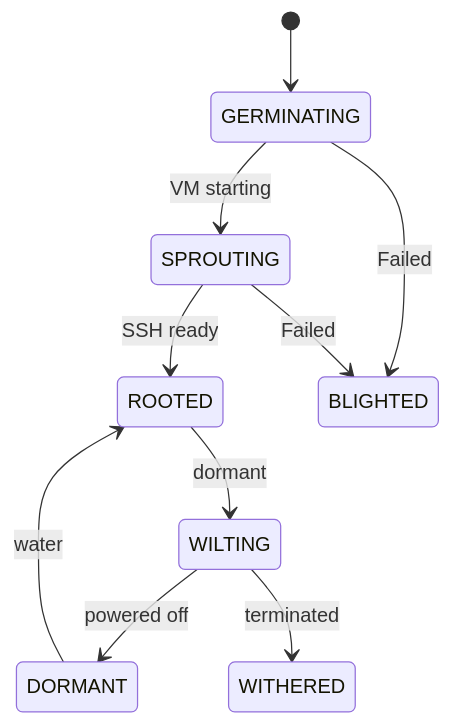
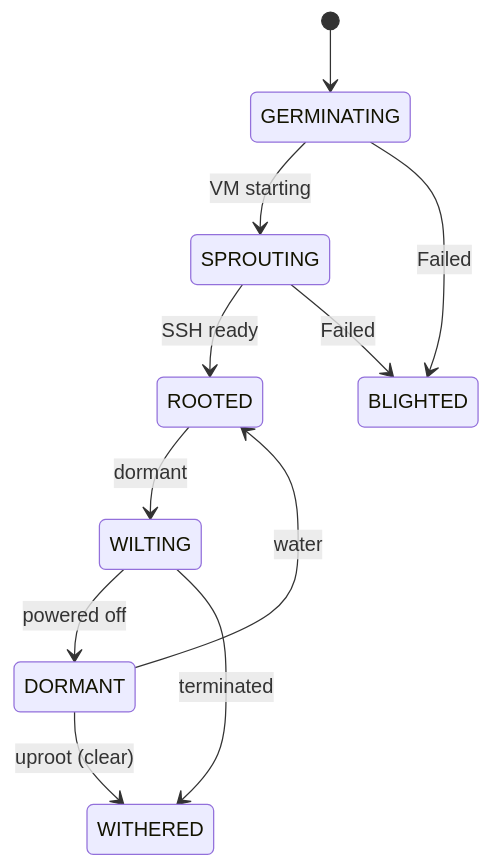
Before and after one commit to orchard-cde/orchard: the seventh of 9 diagrams in docs/architecture/platform-architecture.md, drawn with Mermaid. The commit also changed other lines of this file and 3 other files, not shown here.

````diff
--- a/docs/architecture/platform-architecture.md
+++ b/docs/architecture/platform-architecture.md
@@ -363,13 +366,14 @@
 ```mermaid
 stateDiagram-v2
     [*] --> GERMINATING
     GERMINATING --> SPROUTING : VM starting
     SPROUTING --> ROOTED : SSH ready
 
     ROOTED --> WILTING : dormant
     WILTING --> DORMANT : powered off
     DORMANT --> ROOTED : water
+    DORMANT --> WITHERED : uproot (clear)
     WILTING --> WITHERED : terminated
     GERMINATING --> BLIGHTED : Failed
     SPROUTING --> BLIGHTED : Failed
 ```
````
